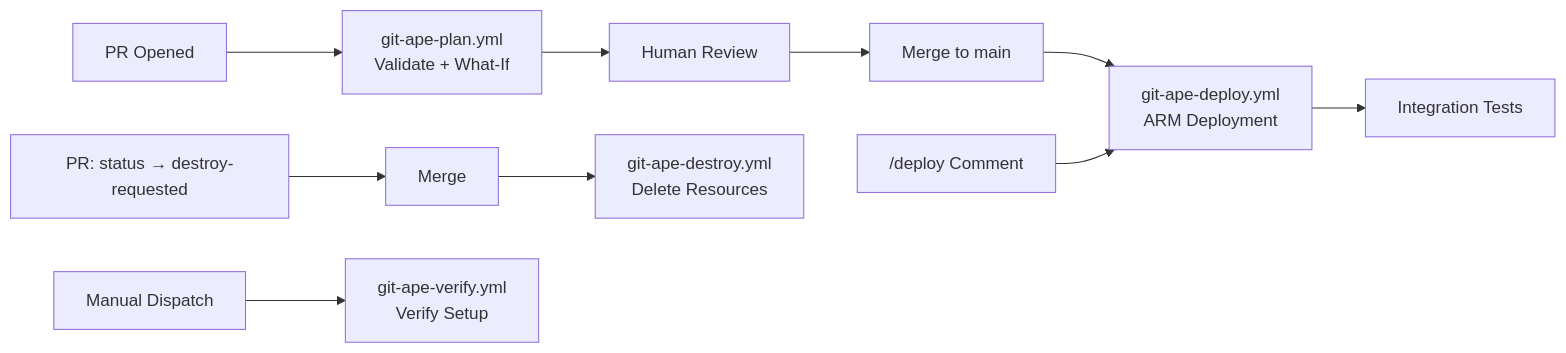
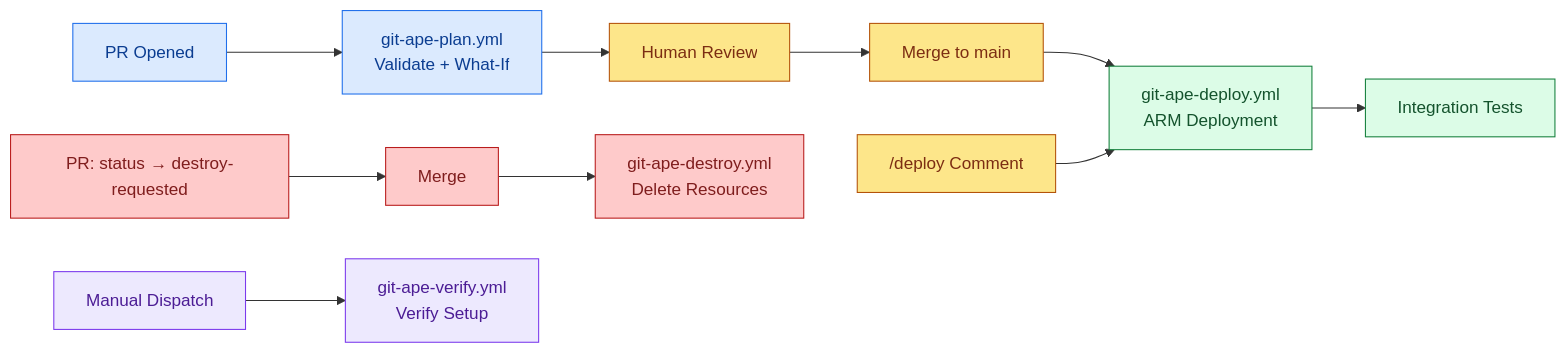
Before and after one commit to Azure/git-ape: the diagram in website/docs/workflows/overview.md, drawn with Mermaid. The commit also changed 48 other files, not shown here.

First line of the commit message:
docs(website): manifesto-aligned rewrite, deploy-anything, mermaid zoom + colors

````diff
--- a/website/docs/workflows/overview.md
+++ b/website/docs/workflows/overview.md
@@ -28,15 +28,26 @@
 ```mermaid
 graph LR
     PR["PR Opened"] --> Plan["git-ape-plan.yml<br/>Validate + What-If"]
     Plan --> Review["Human Review"]
     Review --> Merge["Merge to main"]
     Merge --> Deploy["git-ape-deploy.yml<br/>ARM Deployment"]
     Deploy --> Test["Integration Tests"]
 
     Comment["/deploy Comment"] --> Deploy
 
     Destroy["PR: status → destroy-requested"] --> DestroyMerge["Merge"]
     DestroyMerge --> DestroyWF["git-ape-destroy.yml<br/>Delete Resources"]
 
     Manual["Manual Dispatch"] --> Verify["git-ape-verify.yml<br/>Verify Setup"]
+
+    classDef plan fill:#dbeafe,stroke:#1f6feb,stroke-width:1px,color:#0b3d91
+    classDef review fill:#fde68a,stroke:#b45309,stroke-width:1px,color:#7c2d12
+    classDef deploy fill:#dcfce7,stroke:#15803d,stroke-width:1px,color:#14532d
+    classDef destroy fill:#fecaca,stroke:#b91c1c,stroke-width:1px,color:#7f1d1d
+    classDef verify fill:#ede9fe,stroke:#7c3aed,stroke-width:1px,color:#4c1d95
+    class PR,Plan plan
+    class Review,Merge,Comment review
+    class Deploy,Test deploy
+    class Destroy,DestroyMerge,DestroyWF destroy
+    class Manual,Verify verify
 ```
````
